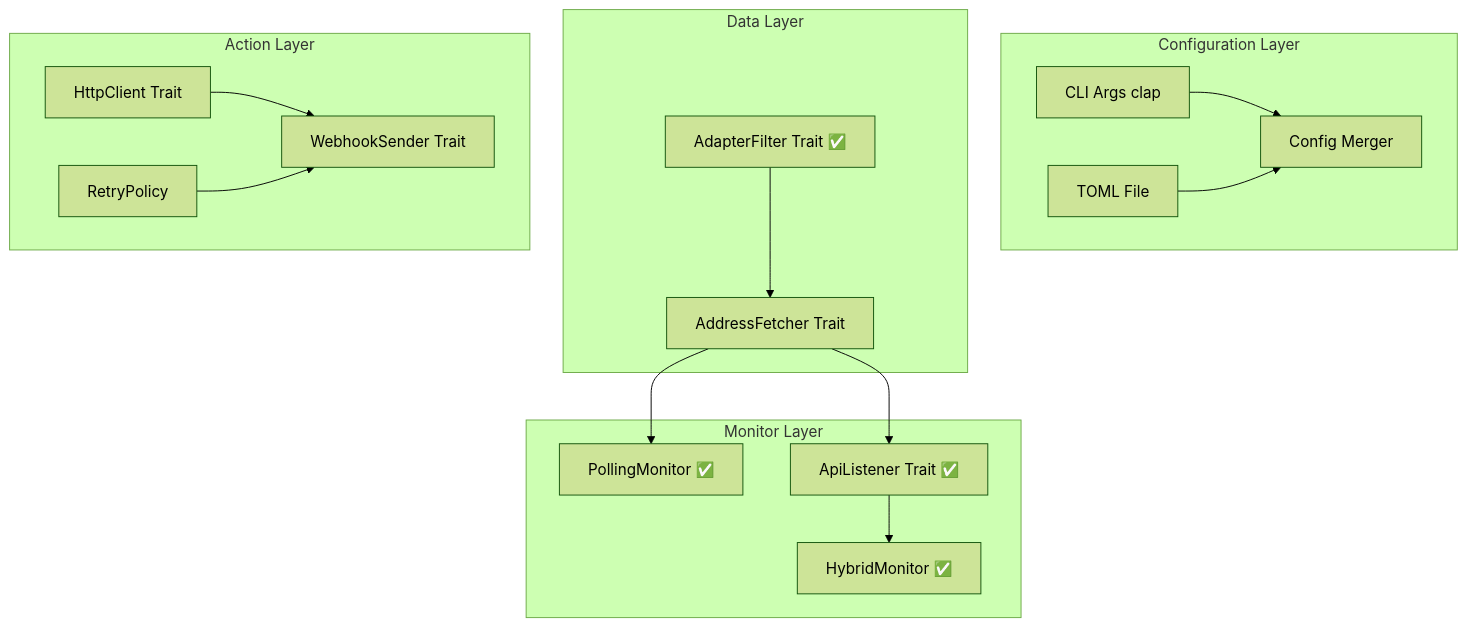
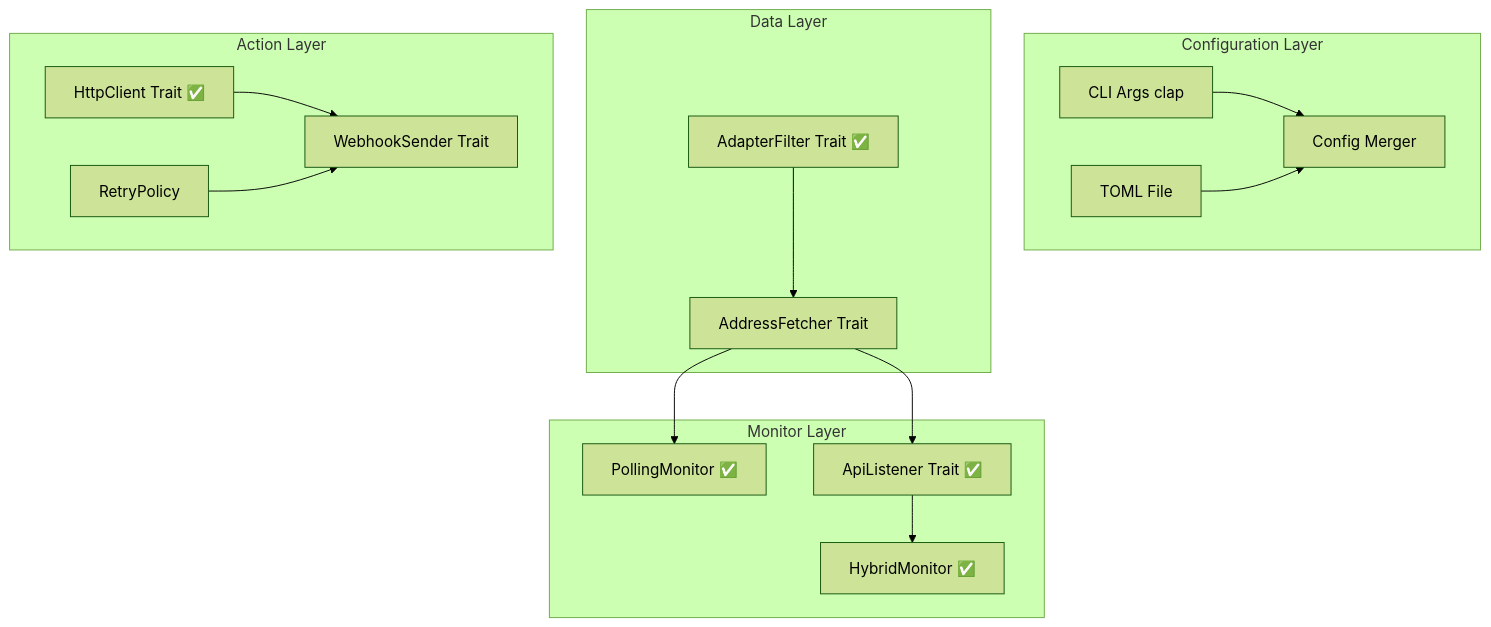
One commit to doraemonkeys/ddns-a changed the diagram in docs/Implementation Plan.md. Above: the diagram before and after it, drawn with Mermaid (forest theme). The commit also changed other lines of this file and 8 other files, not shown here.

First line of the commit message:
Implement HTTP client and request/response types for webhook functionality

````diff
--- a/docs/Implementation Plan.md
+++ b/docs/Implementation Plan.md
@@ -13,34 +13,34 @@
 ```mermaid
 flowchart TB
     subgraph config [Configuration Layer]
         CLI[CLI Args clap]
         TOML[TOML File]
         Merge[Config Merger]
     end
     
     subgraph data [Data Layer]
         Fetcher[AddressFetcher Trait]
         Filter[AdapterFilter Trait ✅]
     end
     
     subgraph monitor [Monitor Layer]
         Poller[PollingMonitor ✅]
         ApiListener[ApiListener Trait ✅]
         Hybrid[HybridMonitor ✅]
     end
     
     subgraph action [Action Layer]
-        HttpClient[HttpClient Trait]
+        HttpClient[HttpClient Trait ✅]
         Sender[WebhookSender Trait]
         Retry[RetryPolicy]
     end
     
     CLI --> Merge
     TOML --> Merge
     Filter --> Fetcher
     Fetcher --> Poller
     Fetcher --> ApiListener
     ApiListener --> Hybrid
     HttpClient --> Sender
     Retry --> Sender
 ```
````
